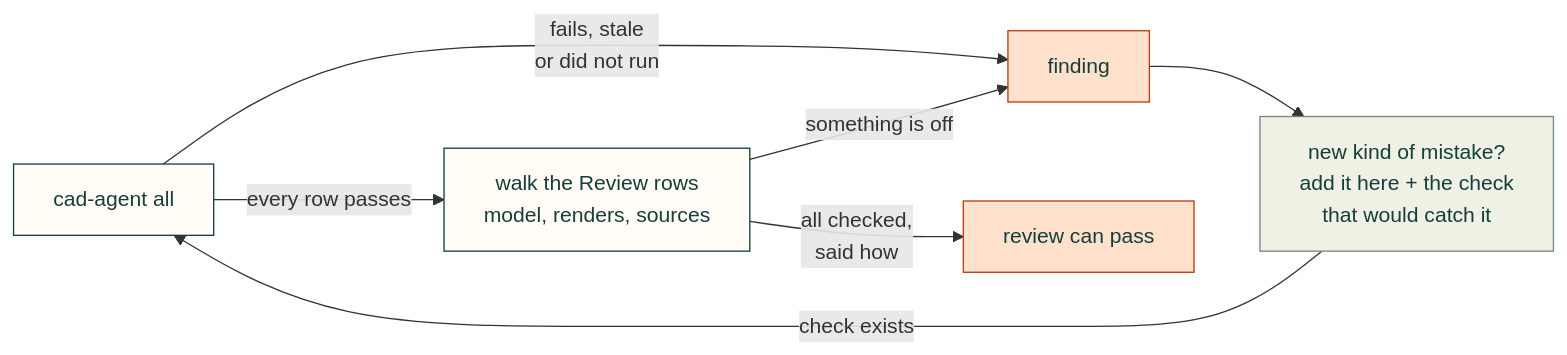
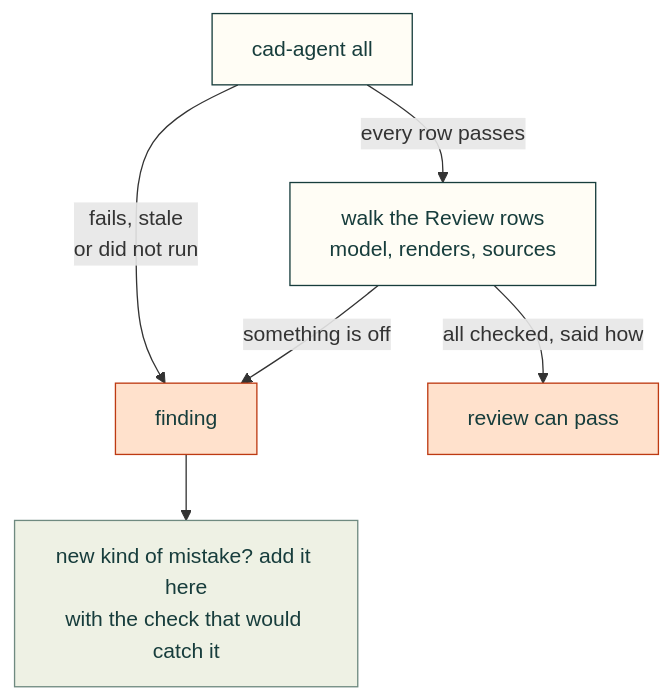
Before and after one commit to Valpatel/cad-agent: the diagram in docs/common-issues.md, drawn with Mermaid. The commit also changed 14 other files, not shown here.

First line of the commit message:
Docs diagrams: top-down so they fit the article column; chart shows the error's size from zero

````diff
--- a/docs/common-issues.md
+++ b/docs/common-issues.md
@@ -11,15 +11,14 @@
 ```mermaid
-flowchart LR
+flowchart TD
     A["cad-agent all"] -->|"every row passes"| R["walk the Review rows<br/>model, renders, sources"]
     A -->|"fails, stale<br/>or did not run"| F["finding"]
     R -->|"something is off"| F
-    R -->|"all checked,<br/>said how"| P["review can pass"]
-    F --> N["new kind of mistake?<br/>add it here + the check<br/>that would catch it"]
-    N -->|"check exists"| A
+    R -->|"all checked, said how"| P["review can pass"]
+    F --> N["new kind of mistake? add it here<br/>with the check that would catch it"]
     classDef here fill:#fffdf5,stroke:#173d3c,color:#173d3c
     classDef near fill:#eef1e4,stroke:#6f8a80,color:#173d3c
     classDef out fill:#ffe1cc,stroke:#bd3a12,color:#173d3c
     class A,R here
     class N near
     class F,P out
 ```
````
